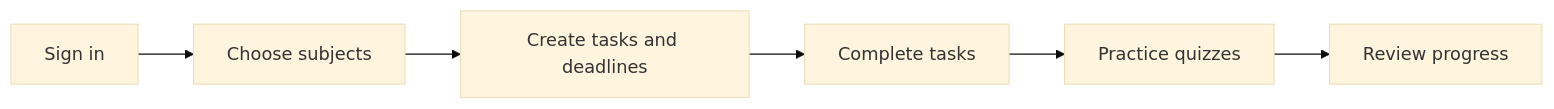
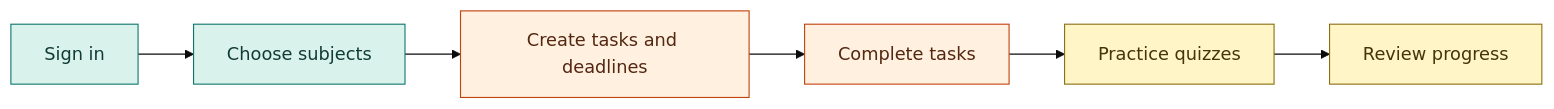
The first of 2 diagrams in README.md (CapstoneDesign-Fall2026-UlsanCollege/Team-5-Capstone-Design), drawn with Mermaid (base theme) before and after one commit. The commit also changed other lines of this file, not shown here.

````diff
--- a/README.md
+++ b/README.md
@@ -32,8 +36,14 @@
 ```mermaid
 flowchart LR
     A[Sign in] --> B[Choose subjects]
     B --> C[Create tasks and deadlines]
     C --> D[Complete tasks]
     D --> E[Practice quizzes]
     E --> F[Review progress]
+    classDef student fill:#D9F3EC,stroke:#0F766E,color:#123B35
+    classDef work fill:#FFF0DF,stroke:#C2410C,color:#532710
+    classDef insight fill:#FFF5C7,stroke:#8B6F10,color:#44350A
+    class A,B student
+    class C,D work
+    class E,F insight
 ```
````
